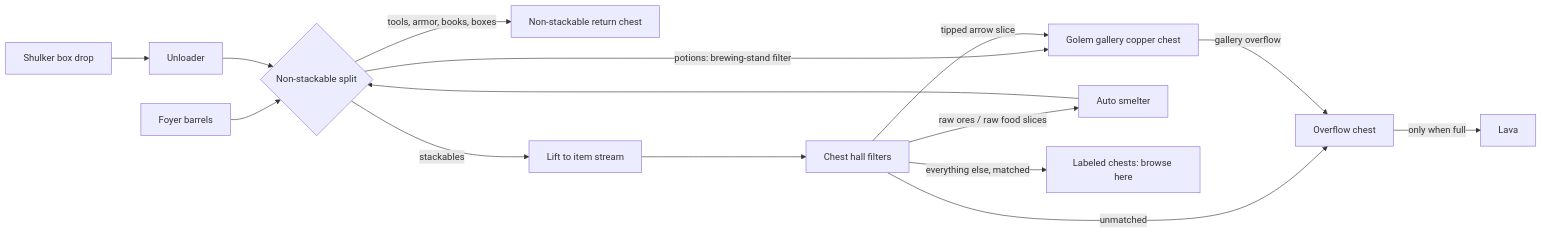
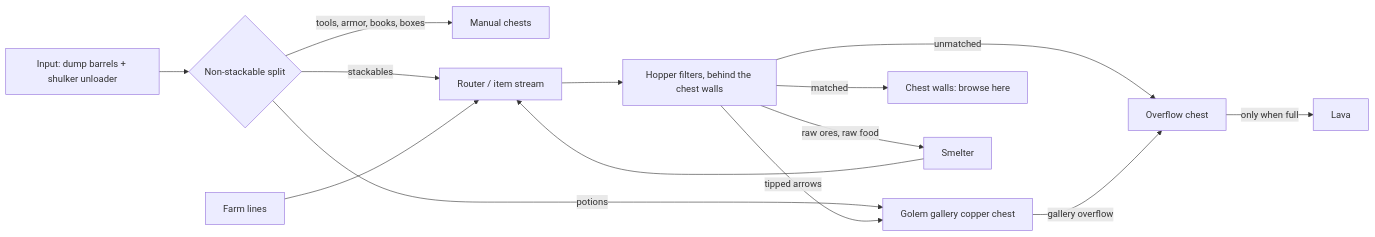
Before and after one commit to jeffmhopkins/Bleepbloop_City: the diagram in plans/storage-layout.md, drawn with Mermaid. The commit also changed other lines of this file and 12 other files, not shown here.

````diff
--- a/plans/storage-layout.md
+++ b/plans/storage-layout.md
@@ -119,15 +19,15 @@
 ```mermaid
 flowchart LR
-    P[Foyer barrels] --> NS{Non-stackable split}
-    SB[Shulker box drop] --> U[Unloader] --> NS
-    NS -->|potions: brewing-stand filter| G[Golem gallery copper chest]
-    NS -->|tools, armor, books, boxes| N[Non-stackable return chest]
-    NS -->|stackables| L[Lift to item stream]
-    L --> H[Chest hall filters]
-    H -->|raw ores / raw food slices| S[Auto smelter] --> NS
-    H -->|tipped arrow slice| G
-    H -->|everything else, matched| C[Labeled chests: browse here]
-    H -->|unmatched| O[Overflow chest]
-    G -->|gallery overflow| O
-    O -->|only when full| LV[Lava]
+    IN[Input: dump barrels + shulker unloader] --> NS{Non-stackable split}
+    NS -->|tools, armor, books, boxes| MAN[Manual chests]
+    NS -->|potions| GG[Golem gallery copper chest]
+    NS -->|stackables| R[Router / item stream]
+    FARM[Farm lines] --> R
+    R --> F[Hopper filters, behind the chest walls]
+    F -->|matched| CW[Chest walls: browse here]
+    F -->|raw ores, raw food| SM[Smelter] --> R
+    F -->|tipped arrows| GG
+    F -->|unmatched| OV[Overflow chest]
+    GG -->|gallery overflow| OV
+    OV -->|only when full| LV[Lava]
 ```
````
